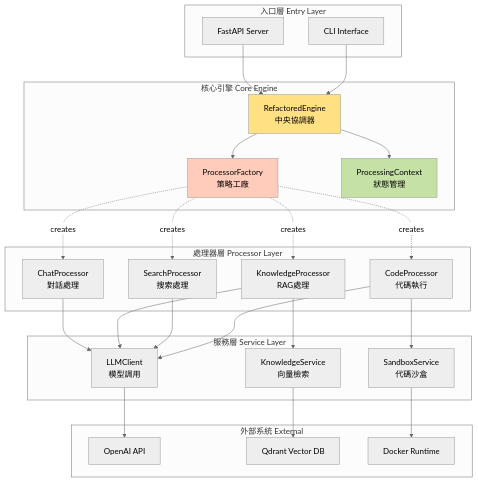
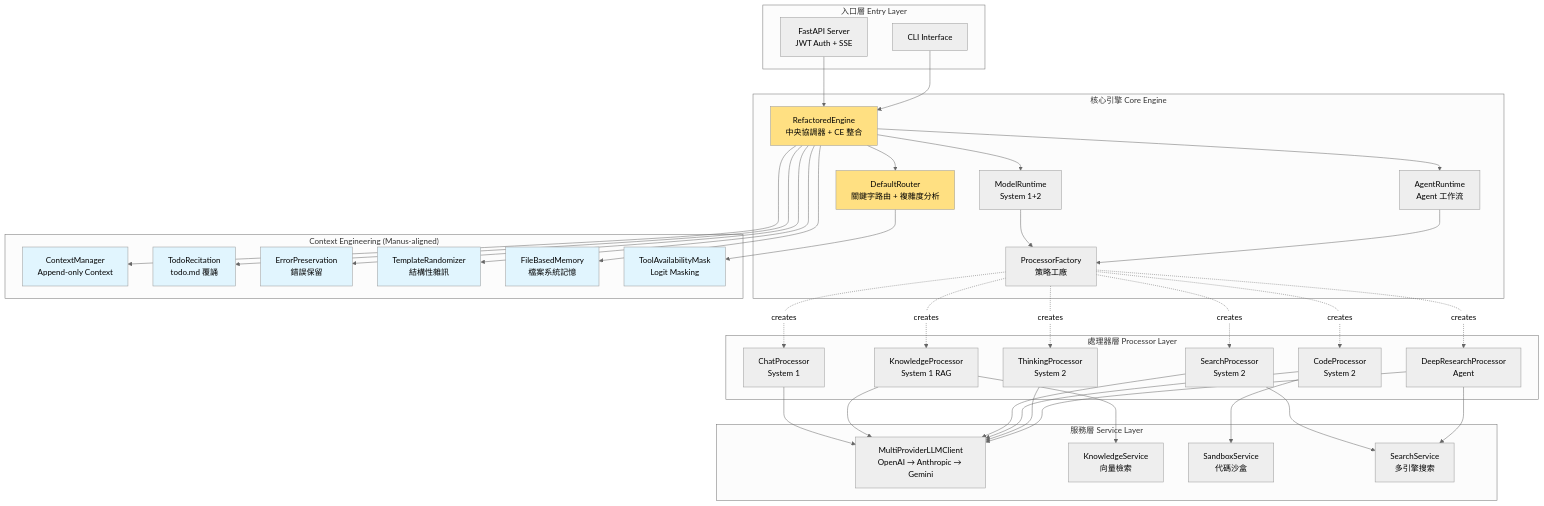
One commit to Zenobia000/openagent_backend changed the first of 2 diagrams in Architecture_Refactoring_Toolkit/project_docs/unified_python_architecture.md. Above: the diagram before and after it, drawn with Mermaid (neutral theme). The commit also changed other lines of this file and 49 other files, not shown here.

First line of the commit message:
feat(v3.1): context engineering + docs alignment

````diff
--- a/Architecture_Refactoring_Toolkit/project_docs/unified_python_architecture.md
+++ b/Architecture_Refactoring_Toolkit/project_docs/unified_python_architecture.md
@@ -36,57 +40,82 @@
 ```mermaid
 graph TB
     subgraph "入口層 Entry Layer"
-        API[FastAPI Server]
+        API[FastAPI Server<br/>JWT Auth + SSE]
         CLI[CLI Interface]
     end
 
     subgraph "核心引擎 Core Engine"
-        Engine[RefactoredEngine<br/>中央協調器]
+        Engine[RefactoredEngine<br/>中央協調器 + CE 整合]
+        Router[DefaultRouter<br/>關鍵字路由 + 複雜度分析]
+        MRT[ModelRuntime<br/>System 1+2]
+        ART[AgentRuntime<br/>Agent 工作流]
         Factory[ProcessorFactory<br/>策略工廠]
-        Context[ProcessingContext<br/>狀態管理]
+    end
+
+    subgraph "Context Engineering (Manus-aligned)"
+        CtxMgr[ContextManager<br/>Append-only Context]
+        TodoRec[TodoRecitation<br/>todo.md 覆誦]
+        ErrPres[ErrorPreservation<br/>錯誤保留]
+        TplRand[TemplateRandomizer<br/>結構性雜訊]
+        FileMem[FileBasedMemory<br/>檔案系統記憶]
+        ToolMask[ToolAvailabilityMask<br/>Logit Masking]
     end
 
     subgraph "處理器層 Processor Layer"
-        P1[ChatProcessor<br/>對話處理]
-        P2[KnowledgeProcessor<br/>RAG處理]
-        P3[SearchProcessor<br/>搜索處理]
-        P4[CodeProcessor<br/>代碼執行]
+        P1[ChatProcessor<br/>System 1]
+        P2[KnowledgeProcessor<br/>System 1 RAG]
+        P3[SearchProcessor<br/>System 2]
+        P4[CodeProcessor<br/>System 2]
+        P5[ThinkingProcessor<br/>System 2]
+        P6[DeepResearchProcessor<br/>Agent]
     end
 
     subgraph "服務層 Service Layer"
-        LLM[LLMClient<br/>模型調用]
+        LLM[MultiProviderLLMClient<br/>OpenAI → Anthropic → Gemini]
         KB[KnowledgeService<br/>向量檢索]
         SB[SandboxService<br/>代碼沙盒]
-    end
-
-    subgraph "外部系統 External"
-        OpenAI[OpenAI API]
-        Qdrant[Qdrant Vector DB]
-        Docker[Docker Runtime]
+        Search[SearchService<br/>多引擎搜索]
     end
 
     API --> Engine
     CLI --> Engine
-    Engine --> Factory
-    Engine --> Context
+    Engine --> Router
+    Engine --> MRT
+    Engine --> ART
+    Engine --> CtxMgr
+    Engine --> TodoRec
+    Engine --> ErrPres
+    Engine --> TplRand
+    Engine --> FileMem
+    Router --> ToolMask
+
+    MRT --> Factory
+    ART --> Factory
 
     Factory -.->|creates| P1
     Factory -.->|creates| P2
     Factory -.->|creates| P3
     Factory -.->|creates| P4
+    Factory -.->|creates| P5
+    Factory -.->|creates| P6
 
     P1 --> LLM
     P2 --> KB
     P2 --> LLM
+    P3 --> Search
     P3 --> LLM
     P4 --> SB
     P4 --> LLM
-
-    LLM --> OpenAI
-    KB --> Qdrant
-    SB --> Docker
+    P5 --> LLM
+    P6 --> Search
+    P6 --> LLM
 
     style Engine fill:#FFE082
-    style Factory fill:#FFCCBC
-    style Context fill:#C5E1A5
+    style Router fill:#FFE082
+    style CtxMgr fill:#E1F5FE
+    style TodoRec fill:#E1F5FE
+    style ErrPres fill:#E1F5FE
+    style TplRand fill:#E1F5FE
+    style FileMem fill:#E1F5FE
+    style ToolMask fill:#E1F5FE
 ```
````
